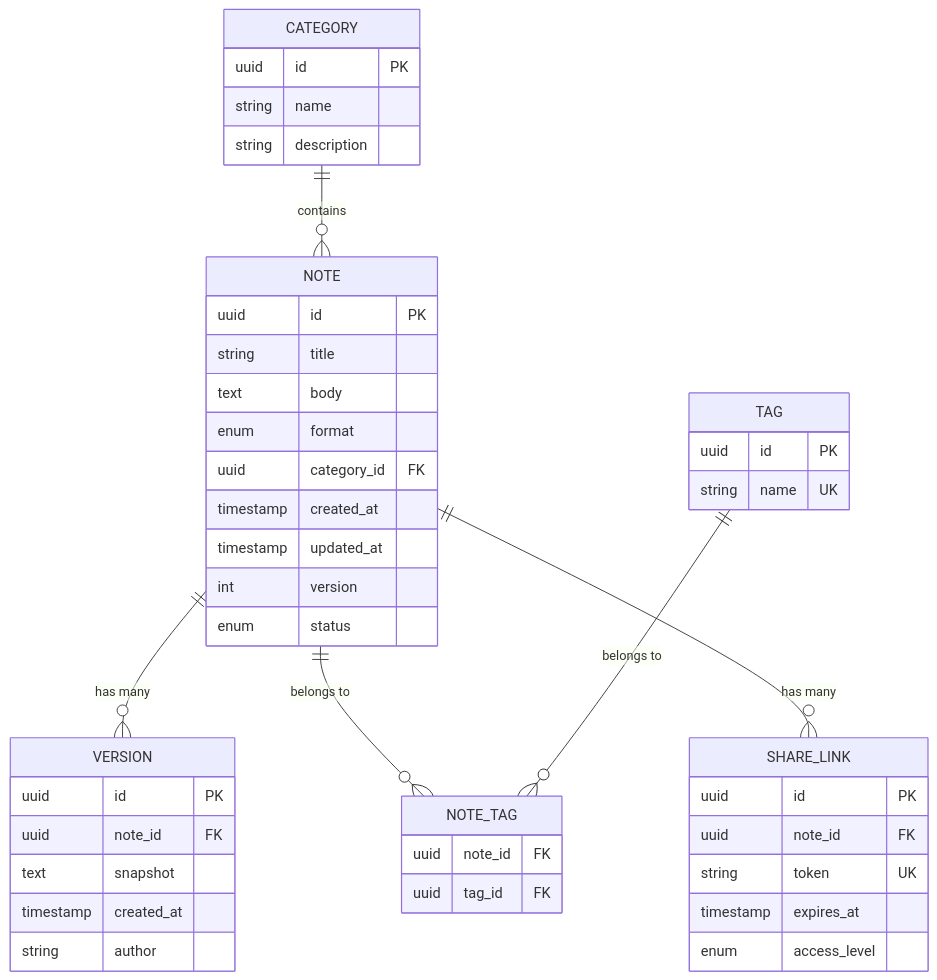
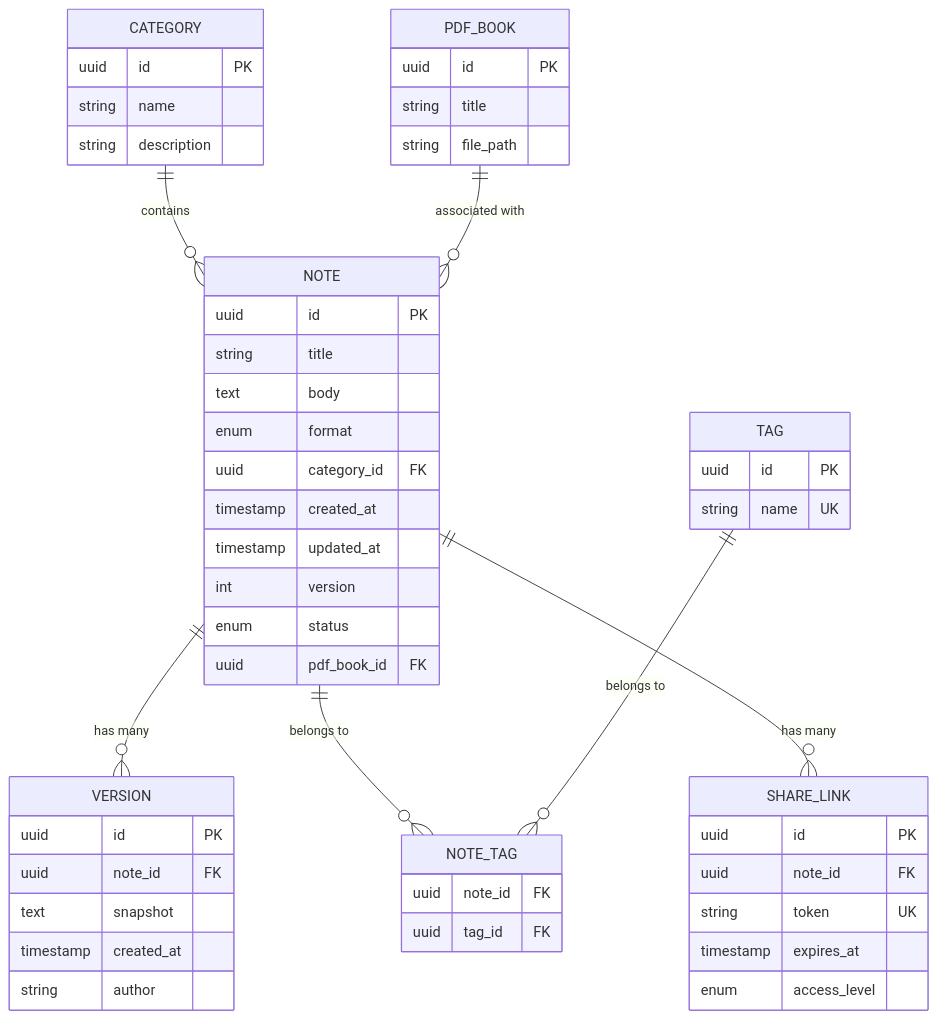
The third of 12 diagrams in .qoder/repowiki/zh/content/后端架构/路由设计/笔记管理路由.md (abokyoy/LectureLearnLoop), drawn with Mermaid before and after one commit. The commit also changed other lines of this file and 91 other files, not shown here.

````diff
--- a/.qoder/repowiki/zh/content/后端架构/路由设计/笔记管理路由.md
+++ b/.qoder/repowiki/zh/content/后端架构/路由设计/笔记管理路由.md
@@ -141,46 +156,53 @@
 ```mermaid
 erDiagram
 NOTE {
 uuid id PK
 string title
 text body
 enum format
 uuid category_id FK
 timestamp created_at
 timestamp updated_at
 int version
 enum status
+uuid pdf_book_id FK
 }
 VERSION {
 uuid id PK
 uuid note_id FK
 text snapshot
 timestamp created_at
 string author
 }
 CATEGORY {
 uuid id PK
 string name
 string description
 }
 TAG {
 uuid id PK
 string name UK
 }
 NOTE_TAG {
 uuid note_id FK
 uuid tag_id FK
 }
 SHARE_LINK {
 uuid id PK
 uuid note_id FK
 string token UK
 timestamp expires_at
 enum access_level
 }
+PDF_BOOK {
+uuid id PK
+string title
+string file_path
+}
 NOTE ||--o{ VERSION : "has many"
 NOTE ||--o{ NOTE_TAG : "belongs to"
 TAG ||--o{ NOTE_TAG : "belongs to"
 NOTE ||--o{ SHARE_LINK : "has many"
 CATEGORY ||--o{ NOTE : "contains"
+PDF_BOOK ||--o{ NOTE : "associated with"
 ```
````
